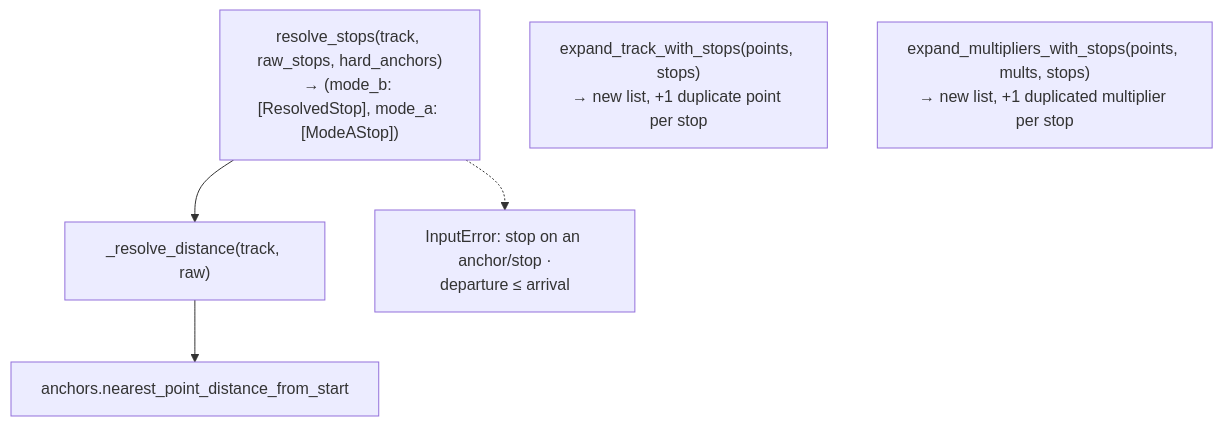
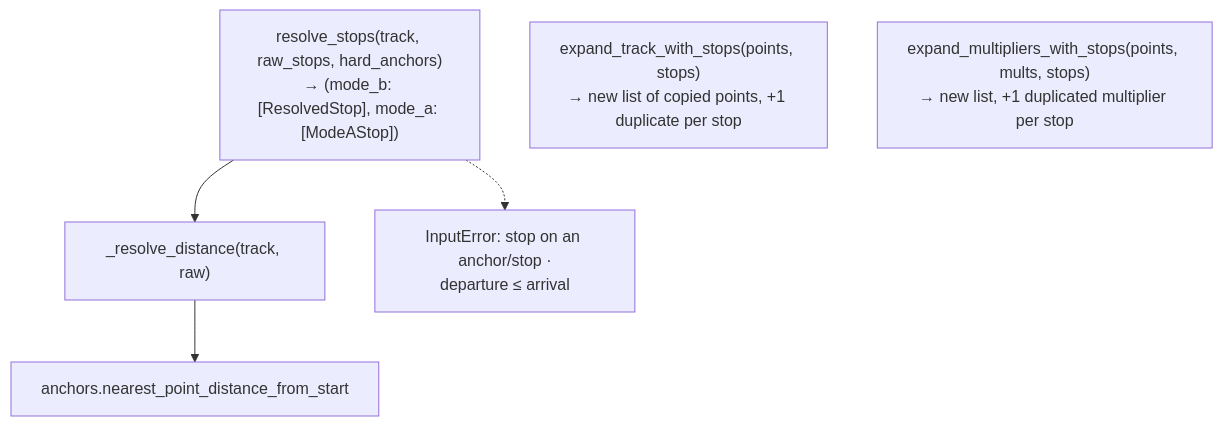
The fifth of 15 diagrams in docs/ARCHITECTURE.md (martin-iflap/GPX_to_FIT), drawn with Mermaid before and after one commit. The commit also changed other lines of this file and 14 other files, not shown here.

````diff
--- a/docs/ARCHITECTURE.md
+++ b/docs/ARCHITECTURE.md
@@ -307,9 +312,9 @@
 ```mermaid
 flowchart TD
   rs["resolve_stops(track, raw_stops, hard_anchors)<br/>→ (mode_b: [ResolvedStop], mode_a: [ModeAStop])"]
   rd["_resolve_distance(track, raw)"] --> np["anchors.nearest_point_distance_from_start"]
   rs --> rd
   rs -.-> err["InputError: stop on an anchor/stop ·<br/>departure ≤ arrival"]
-  ets["expand_track_with_stops(points, stops)<br/>→ new list, +1 duplicate point per stop"]
+  ets["expand_track_with_stops(points, stops)<br/>→ new list of copied points, +1 duplicate per stop"]
   ems["expand_multipliers_with_stops(points, mults, stops)<br/>→ new list, +1 duplicated multiplier per stop"]
 ```
````
